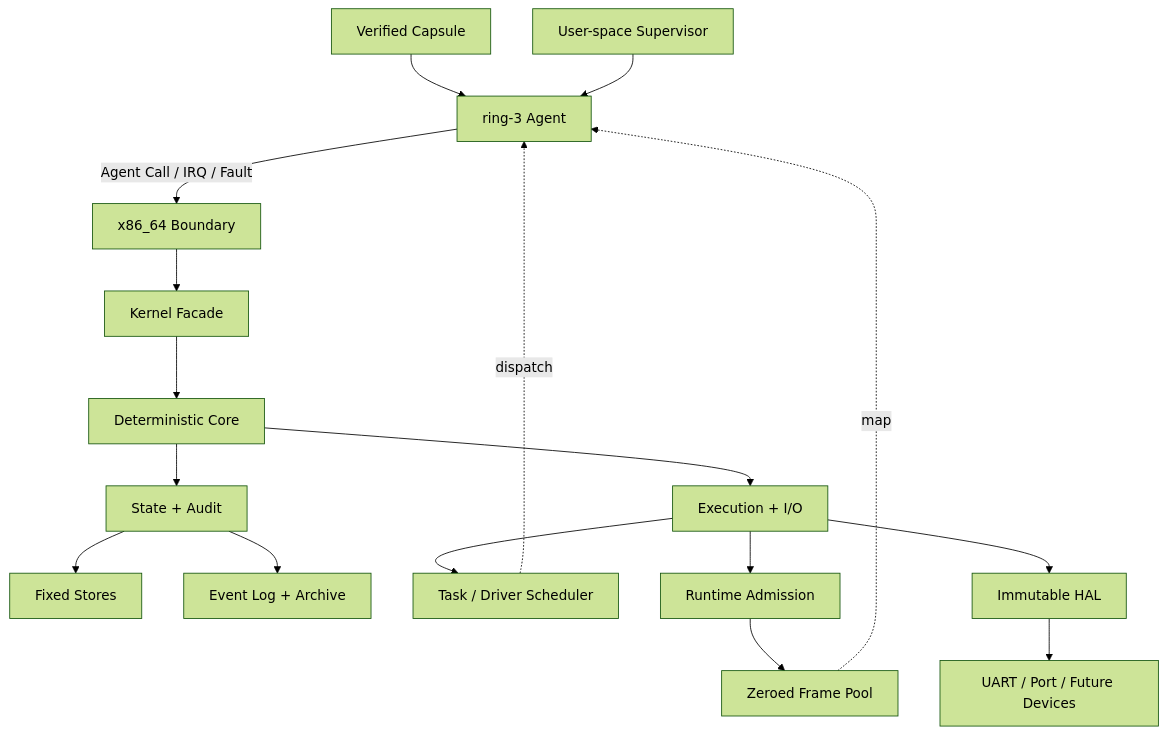
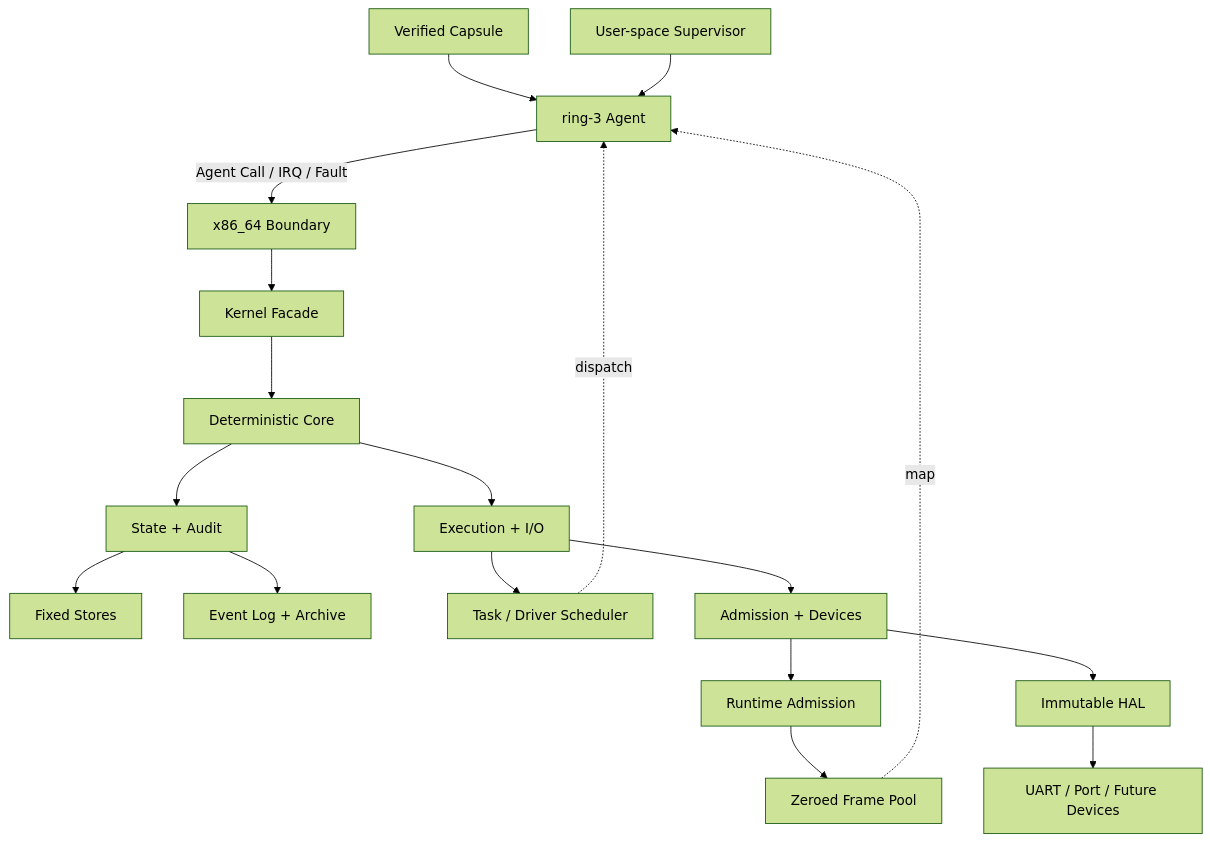
The diagram in README.md (Evan-master/agent-kernel), drawn with Mermaid (forest theme) before and after one commit. The commit also changed 1 other file, not shown here.

Commit message:
docs: balance readme architecture graph

````diff
--- a/README.md
+++ b/README.md
@@ -100,21 +100,22 @@
 ```mermaid
 flowchart TB
     Capsule["Verified Capsule"] --> Ring3["ring-3 Agent"]
     Supervisor["User-space Supervisor"] --> Ring3
     Ring3 -->|"Agent Call / IRQ / Fault"| X86["x86_64 Boundary"]
     X86 --> Facade["Kernel Facade"]
     Facade --> Core["Deterministic Core"]
 
     Core --> State["State + Audit"]
     Core --> Runtime["Execution + I/O"]
 
     State --> Stores["Fixed Stores"]
     State --> Events["Event Log + Archive"]
     Runtime --> Scheduler["Task / Driver Scheduler"]
-    Runtime --> Broker["Runtime Admission"]
-    Runtime --> HAL["Immutable HAL"]
+    Runtime --> Services["Admission + Devices"]
+    Services --> Broker["Runtime Admission"]
+    Services --> HAL["Immutable HAL"]
     Broker --> Frames["Zeroed Frame Pool"]
     HAL --> Hardware["UART / Port / Future Devices"]
     Scheduler -.->|dispatch| Ring3
     Frames -.->|map| Ring3
 ```
````
